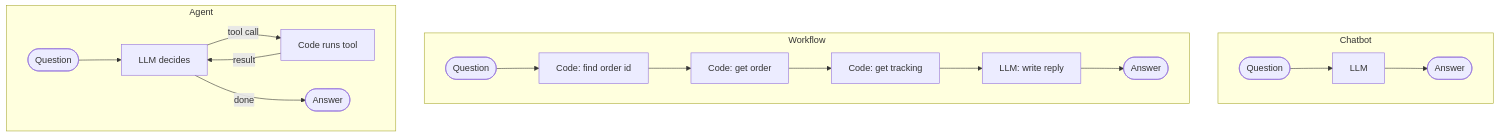
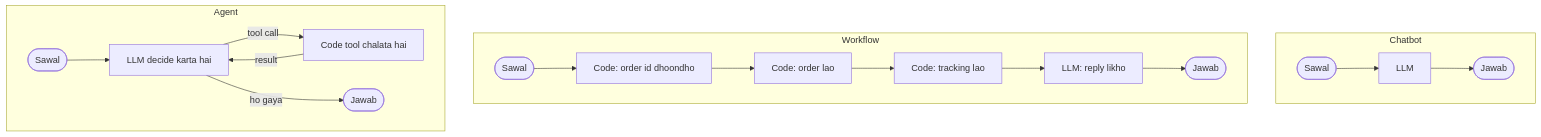
One commit to asmustechno/agentic-ai-notes changed the diagram in docs/01-foundations/01.2-chatbot-vs-workflow-vs-agent.md. Above: the diagram before and after it, drawn with Mermaid. The commit also changed other lines of this file and 135 other files, not shown here.

````diff
--- a/docs/01-foundations/01.2-chatbot-vs-workflow-vs-agent.md
+++ b/docs/01-foundations/01.2-chatbot-vs-workflow-vs-agent.md
@@ -52,17 +54,17 @@
 ```mermaid
 flowchart TB
     subgraph CB["Chatbot"]
         direction LR
-        Q1([Question]) --> L1[LLM] --> A1([Answer])
+        Q1([Sawal]) --> L1[LLM] --> A1([Jawab])
     end
     subgraph WF["Workflow"]
         direction LR
-        Q2([Question]) --> S1[Code: find order id] --> S2[Code: get order] --> S3[Code: get tracking] --> L2[LLM: write reply] --> A2([Answer])
+        Q2([Sawal]) --> S1["Code: order id dhoondho"] --> S2["Code: order lao"] --> S3["Code: tracking lao"] --> L2["LLM: reply likho"] --> A2([Jawab])
     end
     subgraph AG["Agent"]
         direction LR
-        Q3([Question]) --> L3[LLM decides] -->|tool call| T3[Code runs tool]
+        Q3([Sawal]) --> L3[LLM decide karta hai] -->|tool call| T3[Code tool chalata hai]
         T3 -->|result| L3
-        L3 -->|done| A3([Answer])
+        L3 -->|ho gaya| A3([Jawab])
     end
 ```
````
